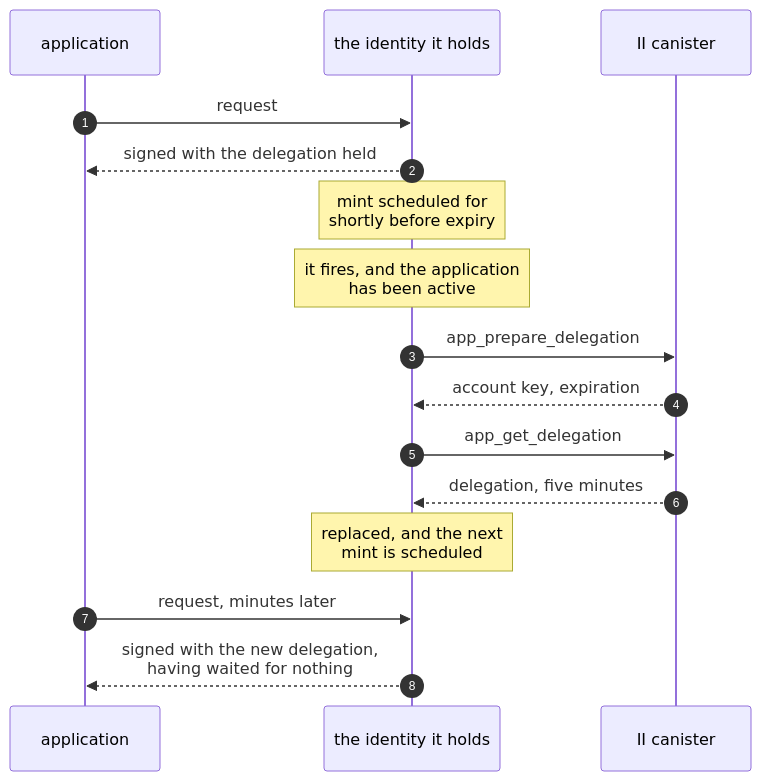
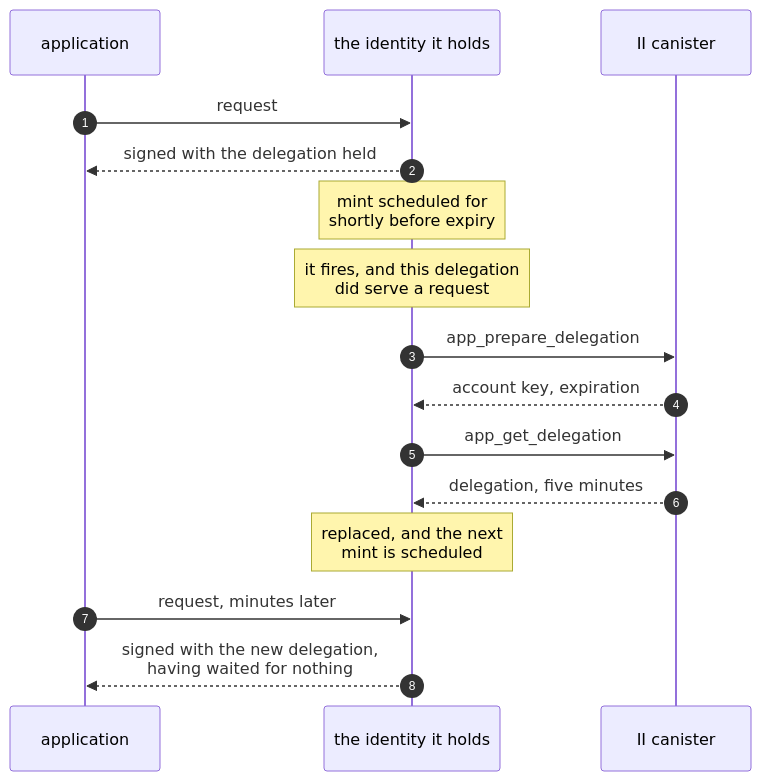
Before and after one commit to dfinity/internet-identity: the diagram in docs/ongoing/client-app-sessions.md, drawn with Mermaid. The commit also changed other lines of this file and 1 other file, not shown here.

First line of the commit message:
docs: define what a scheduled mint checks before it fires

````diff
--- a/docs/ongoing/client-app-sessions.md
+++ b/docs/ongoing/client-app-sessions.md
@@ -72,19 +72,19 @@
 ```mermaid
 sequenceDiagram
     autonumber
     participant App as application
     participant Id as the identity it holds
     participant IIC as II canister
 
     App->>Id: request
     Id-->>App: signed with the delegation held
     Note over Id: mint scheduled for<br/>shortly before expiry
-    Note over Id: it fires, and the application<br/>has been active
+    Note over Id: it fires, and this delegation<br/>did serve a request
     Id->>IIC: app_prepare_delegation
     IIC-->>Id: account key, expiration
     Id->>IIC: app_get_delegation
     IIC-->>Id: delegation, five minutes
     Note over Id: replaced, and the next<br/>mint is scheduled
     App->>Id: request, minutes later
     Id-->>App: signed with the new delegation,<br/>having waited for nothing
 ```
````
